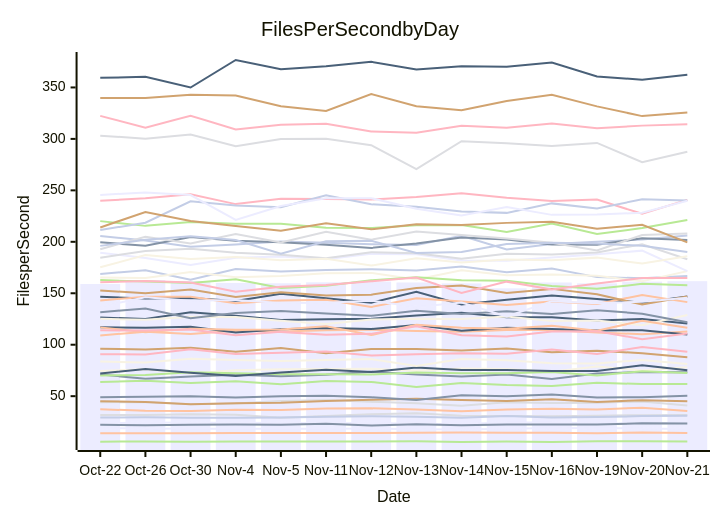
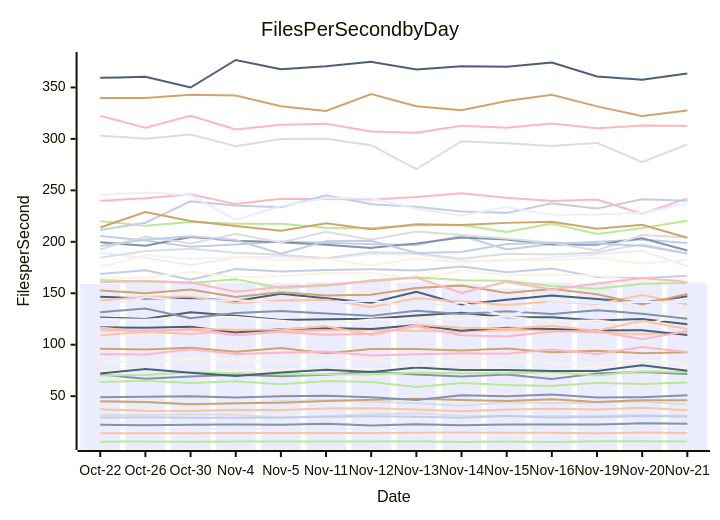
Before and after one commit to streetsidesoftware/cspell: the diagram in perf-report.md, drawn with Mermaid. The commit also changed other lines of this file and 1 other file, not shown here.

````diff
--- a/perf-report.md
+++ b/perf-report.md
@@ -10,57 +10,57 @@
 ```mermaid
 xychart-beta
     title Files Per Second by Day
     y-axis Files per Second
     x-axis Date [Oct-22, Oct-26, Oct-30, Nov-4, Nov-5, Nov-11, Nov-12, Nov-13, Nov-14, Nov-15, Nov-16, Nov-19, Nov-20, Nov-21]
-    bar [159.03, 162.88, 161.94, 160.02, 159.72, 160.65, 161.35, 160.47, 159.54, 154.79, 160.46, 159.61, 161.30, 161.72]
-    line [71.08, 67.00, 69.09, 70.86, 69.37, 70.88, 73.81, 71.09, 69.11, 71.10, 66.81, 72.11, 73.56, 73.35]
-    line [14.01, 14.02, 13.97, 14.18, 14.33, 14.26, 14.23, 14.49, 14.71, 14.55, 14.39, 13.95, 14.60, 14.11]
-    line [44.08, 44.42, 42.24, 42.88, 45.37, 46.20, 44.50, 43.23, 40.60, 44.15, 43.48, 43.70, 44.83, 41.01]
-    line [63.79, 65.07, 62.75, 64.51, 61.69, 64.67, 63.79, 59.02, 62.70, 60.80, 59.91, 63.00, 61.76, 61.71]
-    line [96.00, 95.45, 97.05, 93.17, 96.79, 91.80, 95.95, 95.87, 94.48, 96.44, 92.65, 94.10, 91.76, 87.85]
-    line [205.59, 201.31, 195.27, 197.35, 200.31, 199.19, 197.63, 196.85, 205.77, 192.52, 197.76, 200.10, 202.32, 206.18]
-    line [322.37, 310.93, 322.55, 309.17, 313.73, 314.69, 307.18, 306.00, 312.70, 310.78, 315.06, 310.37, 312.90, 314.26]
-    line [126.46, 125.04, 131.49, 128.05, 124.13, 124.73, 125.27, 128.39, 131.06, 126.59, 126.76, 123.53, 124.94, 120.63]
-    line [125.15, 124.19, 127.28, 126.86, 123.18, 120.25, 124.45, 125.35, 124.99, 127.41, 122.93, 123.56, 118.96, 128.93]
-    line [23.92, 24.17, 24.43, 23.95, 24.20, 23.49, 24.08, 23.00, 23.06, 24.50, 24.34, 23.62, 23.53, 23.90]
-    line [22.28, 21.78, 22.12, 22.59, 22.34, 23.16, 21.54, 22.68, 21.85, 22.43, 22.45, 22.56, 23.60, 23.49]
-    line [109.04, 112.63, 110.40, 113.53, 112.85, 114.15, 114.65, 113.36, 112.62, 114.36, 114.33, 111.99, 110.22, 112.89]
-    line [31.67, 31.78, 32.41, 31.83, 29.14, 30.76, 32.43, 33.35, 30.87, 30.71, 30.55, 30.97, 31.56, 31.67]
-    line [5.75, 6.03, 5.80, 6.05, 5.91, 5.92, 6.05, 6.23, 5.47, 5.95, 5.52, 6.13, 6.21, 6.00]
-    line [45.07, 44.31, 42.25, 43.22, 43.49, 45.34, 46.46, 47.61, 46.36, 45.42, 47.07, 44.45, 46.03, 45.17]
-    line [168.67, 172.42, 163.25, 173.61, 171.18, 172.63, 173.35, 172.14, 176.09, 170.54, 174.05, 165.70, 164.60, 166.89]
-    line [239.78, 242.41, 246.20, 236.64, 241.81, 241.59, 241.14, 243.55, 247.17, 242.91, 239.70, 241.02, 227.21, 240.74]
-    line [116.88, 116.53, 117.43, 111.89, 115.01, 116.13, 115.22, 119.08, 113.54, 116.51, 115.21, 113.92, 114.16, 109.92]
-    line [165.23, 164.80, 170.61, 165.61, 166.70, 169.45, 169.81, 163.46, 172.46, 167.41, 168.34, 167.09, 161.78, 171.51]
-    line [19.00, 18.63, 18.25, 18.44, 18.38, 18.23, 18.67, 17.83, 17.56, 18.43, 19.15, 18.91, 18.65, 18.09]
-    line [49.03, 49.37, 49.99, 48.68, 50.03, 50.42, 49.00, 46.22, 50.88, 49.95, 51.56, 48.83, 49.01, 50.46]
-    line [116.85, 112.16, 115.50, 114.45, 114.87, 117.85, 109.38, 119.29, 116.46, 115.59, 118.49, 113.54, 123.36, 116.49]
-    line [303.13, 300.22, 304.34, 292.89, 299.81, 300.08, 293.90, 270.62, 297.75, 295.78, 293.19, 296.08, 277.37, 287.54]
-    line [162.77, 161.40, 160.02, 163.60, 155.05, 157.20, 162.55, 165.62, 162.61, 162.23, 156.96, 154.28, 159.13, 157.68]
-    line [339.81, 339.82, 342.79, 342.26, 331.64, 327.21, 343.58, 331.81, 327.76, 336.79, 342.94, 331.62, 322.15, 325.61]
-    line [29.31, 29.41, 29.14, 29.07, 29.19, 29.96, 30.60, 29.98, 29.13, 30.65, 29.20, 29.66, 30.68, 30.88]
-    line [90.70, 90.60, 95.53, 91.04, 92.11, 93.46, 89.53, 90.84, 91.64, 91.15, 95.31, 91.02, 97.72, 93.09]
-    line [146.67, 144.85, 145.45, 142.42, 149.63, 145.08, 140.78, 151.35, 139.20, 143.75, 147.85, 144.42, 140.89, 146.87]
-    line [74.51, 76.18, 72.03, 75.21, 76.09, 76.34, 76.58, 74.79, 76.80, 76.30, 73.76, 78.85, 74.91, 78.17]
-    line [189.47, 184.23, 177.36, 184.49, 185.72, 182.94, 188.28, 187.98, 181.73, 181.49, 184.66, 187.81, 191.42, 171.50]
-    line [199.55, 196.07, 204.60, 201.12, 199.63, 197.18, 194.05, 198.31, 204.17, 202.23, 197.34, 197.09, 203.42, 201.69]
-    line [143.06, 146.69, 146.59, 140.40, 143.02, 143.74, 136.69, 145.20, 142.11, 138.52, 142.01, 139.48, 148.36, 141.40]
-    line [184.56, 191.17, 193.23, 189.38, 187.47, 183.93, 189.93, 188.83, 183.53, 188.50, 187.66, 189.71, 197.63, 183.07]
-    line [220.10, 215.49, 219.14, 217.54, 217.64, 213.57, 213.32, 216.11, 216.43, 209.55, 217.83, 207.54, 213.34, 221.24]
-    line [152.74, 149.93, 153.73, 146.39, 151.10, 147.79, 148.60, 155.08, 157.59, 150.36, 154.26, 148.98, 139.01, 146.76]
-    line [211.47, 218.53, 239.32, 235.17, 233.67, 245.24, 236.50, 233.98, 229.39, 228.12, 237.34, 232.45, 241.31, 240.12]
-    line [113.95, 113.80, 114.69, 109.15, 112.48, 109.72, 110.55, 118.02, 109.29, 108.02, 112.93, 112.97, 105.44, 110.94]
-    line [359.34, 360.33, 349.95, 376.67, 367.68, 370.64, 374.87, 367.41, 370.51, 370.21, 374.24, 360.74, 357.55, 362.33]
-    line [175.20, 187.18, 183.23, 185.22, 182.14, 183.42, 176.89, 184.07, 179.92, 182.71, 181.97, 184.63, 178.93, 186.00]
-    line [245.56, 247.95, 245.41, 221.31, 234.75, 242.27, 242.37, 232.19, 225.67, 233.72, 226.18, 226.48, 228.27, 239.87]
-    line [131.59, 135.21, 125.70, 130.73, 132.76, 130.23, 128.16, 133.01, 129.97, 132.49, 129.80, 133.61, 130.16, 121.81]
-    line [37.33, 35.82, 35.71, 36.86, 36.50, 38.05, 38.19, 36.99, 35.25, 37.09, 37.76, 37.04, 38.77, 35.66]
-    line [192.85, 204.98, 198.27, 207.58, 199.26, 209.84, 202.01, 209.99, 206.66, 203.31, 199.00, 191.59, 206.65, 208.19]
-    line [70.11, 70.57, 73.22, 72.23, 71.32, 71.25, 71.08, 73.06, 72.16, 72.33, 73.39, 70.13, 74.26, 72.43]
-    line [213.97, 229.01, 220.21, 215.36, 210.66, 218.14, 212.13, 216.95, 216.28, 218.40, 219.59, 212.75, 216.58, 199.40]
-    line [196.05, 201.96, 205.39, 201.71, 188.42, 200.46, 201.07, 189.10, 190.06, 197.82, 199.09, 198.24, 196.06, 190.15]
-    line [160.80, 161.82, 160.48, 151.46, 156.36, 158.02, 161.56, 165.28, 150.34, 161.29, 153.65, 159.58, 164.91, 164.86]
-    line [71.96, 76.44, 72.80, 69.62, 72.93, 75.62, 73.39, 77.86, 75.46, 75.53, 74.48, 74.42, 80.12, 75.22]
-    line [83.62, 82.78, 86.40, 85.26, 84.18, 85.13, 86.07, 79.22, 86.18, 84.80, 82.10, 81.80, 85.25, 81.38]
-    line [136.76, 146.14, 142.74, 143.48, 140.52, 140.72, 142.75, 136.72, 140.92, 127.38, 142.26, 140.32, 141.64, 145.71]
+    bar [159.03, 162.88, 161.94, 160.02, 159.72, 160.65, 161.35, 160.47, 159.54, 154.79, 160.46, 159.61, 161.30, 160.06]
+    line [71.08, 67.00, 69.09, 70.86, 69.37, 70.88, 73.81, 71.09, 69.11, 71.10, 66.81, 72.11, 73.56, 71.52]
+    line [14.01, 14.02, 13.97, 14.18, 14.33, 14.26, 14.23, 14.49, 14.71, 14.55, 14.39, 13.95, 14.60, 14.17]
+    line [44.08, 44.42, 42.24, 42.88, 45.37, 46.20, 44.50, 43.23, 40.60, 44.15, 43.48, 43.70, 44.83, 41.94]
+    line [63.79, 65.07, 62.75, 64.51, 61.69, 64.67, 63.79, 59.02, 62.70, 60.80, 59.91, 63.00, 61.76, 63.34]
+    line [96.00, 95.45, 97.05, 93.17, 96.79, 91.80, 95.95, 95.87, 94.48, 96.44, 92.65, 94.10, 91.76, 92.63]
+    line [205.59, 201.31, 195.27, 197.35, 200.31, 199.19, 197.63, 196.85, 205.77, 192.52, 197.76, 200.10, 202.32, 198.81]
+    line [322.37, 310.93, 322.55, 309.17, 313.73, 314.69, 307.18, 306.00, 312.70, 310.78, 315.06, 310.37, 312.90, 312.74]
+    line [126.46, 125.04, 131.49, 128.05, 124.13, 124.73, 125.27, 128.39, 131.06, 126.59, 126.76, 123.53, 124.94, 119.79]
+    line [125.15, 124.19, 127.28, 126.86, 123.18, 120.25, 124.45, 125.35, 124.99, 127.41, 122.93, 123.56, 118.96, 130.24]
+    line [23.92, 24.17, 24.43, 23.95, 24.20, 23.49, 24.08, 23.00, 23.06, 24.50, 24.34, 23.62, 23.53, 24.02]
+    line [22.28, 21.78, 22.12, 22.59, 22.34, 23.16, 21.54, 22.68, 21.85, 22.43, 22.45, 22.56, 23.60, 23.23]
+    line [109.04, 112.63, 110.40, 113.53, 112.85, 114.15, 114.65, 113.36, 112.62, 114.36, 114.33, 111.99, 110.22, 112.37]
+    line [31.67, 31.78, 32.41, 31.83, 29.14, 30.76, 32.43, 33.35, 30.87, 30.71, 30.55, 30.97, 31.56, 31.09]
+    line [5.75, 6.03, 5.80, 6.05, 5.91, 5.92, 6.05, 6.23, 5.47, 5.95, 5.52, 6.13, 6.21, 6.06]
+    line [45.07, 44.31, 42.25, 43.22, 43.49, 45.34, 46.46, 47.61, 46.36, 45.42, 47.07, 44.45, 46.03, 45.93]
+    line [168.67, 172.42, 163.25, 173.61, 171.18, 172.63, 173.35, 172.14, 176.09, 170.54, 174.05, 165.70, 164.60, 166.98]
+    line [239.78, 242.41, 246.20, 236.64, 241.81, 241.59, 241.14, 243.55, 247.17, 242.91, 239.70, 241.02, 227.21, 242.23]
+    line [116.88, 116.53, 117.43, 111.89, 115.01, 116.13, 115.22, 119.08, 113.54, 116.51, 115.21, 113.92, 114.16, 109.46]
+    line [165.23, 164.80, 170.61, 165.61, 166.70, 169.45, 169.81, 163.46, 172.46, 167.41, 168.34, 167.09, 161.78, 164.45]
+    line [19.00, 18.63, 18.25, 18.44, 18.38, 18.23, 18.67, 17.83, 17.56, 18.43, 19.15, 18.91, 18.65, 18.27]
+    line [49.03, 49.37, 49.99, 48.68, 50.03, 50.42, 49.00, 46.22, 50.88, 49.95, 51.56, 48.83, 49.01, 50.78]
+    line [116.85, 112.16, 115.50, 114.45, 114.87, 117.85, 109.38, 119.29, 116.46, 115.59, 118.49, 113.54, 123.36, 115.17]
+    line [303.13, 300.22, 304.34, 292.89, 299.81, 300.08, 293.90, 270.62, 297.75, 295.78, 293.19, 296.08, 277.37, 294.62]
+    line [162.77, 161.40, 160.02, 163.60, 155.05, 157.20, 162.55, 165.62, 162.61, 162.23, 156.96, 154.28, 159.13, 159.89]
+    line [339.81, 339.82, 342.79, 342.26, 331.64, 327.21, 343.58, 331.81, 327.76, 336.79, 342.94, 331.62, 322.15, 327.54]
+    line [29.31, 29.41, 29.14, 29.07, 29.19, 29.96, 30.60, 29.98, 29.13, 30.65, 29.20, 29.66, 30.68, 30.21]
+    line [90.70, 90.60, 95.53, 91.04, 92.11, 93.46, 89.53, 90.84, 91.64, 91.15, 95.31, 91.02, 97.72, 93.01]
+    line [146.67, 144.85, 145.45, 142.42, 149.63, 145.08, 140.78, 151.35, 139.20, 143.75, 147.85, 144.42, 140.89, 146.99]
+    line [74.51, 76.18, 72.03, 75.21, 76.09, 76.34, 76.58, 74.79, 76.80, 76.30, 73.76, 78.85, 74.91, 77.93]
+    line [189.47, 184.23, 177.36, 184.49, 185.72, 182.94, 188.28, 187.98, 181.73, 181.49, 184.66, 187.81, 191.42, 176.14]
+    line [199.55, 196.07, 204.60, 201.12, 199.63, 197.18, 194.05, 198.31, 204.17, 202.23, 197.34, 197.09, 203.42, 191.56]
+    line [143.06, 146.69, 146.59, 140.40, 143.02, 143.74, 136.69, 145.20, 142.11, 138.52, 142.01, 139.48, 148.36, 139.11]
+    line [184.56, 191.17, 193.23, 189.38, 187.47, 183.93, 189.93, 188.83, 183.53, 188.50, 187.66, 189.71, 197.63, 188.37]
+    line [220.10, 215.49, 219.14, 217.54, 217.64, 213.57, 213.32, 216.11, 216.43, 209.55, 217.83, 207.54, 213.34, 220.45]
+    line [152.74, 149.93, 153.73, 146.39, 151.10, 147.79, 148.60, 155.08, 157.59, 150.36, 154.26, 148.98, 139.01, 149.20]
+    line [211.47, 218.53, 239.32, 235.17, 233.67, 245.24, 236.50, 233.98, 229.39, 228.12, 237.34, 232.45, 241.31, 240.00]
+    line [113.95, 113.80, 114.69, 109.15, 112.48, 109.72, 110.55, 118.02, 109.29, 108.02, 112.93, 112.97, 105.44, 113.26]
+    line [359.34, 360.33, 349.95, 376.67, 367.68, 370.64, 374.87, 367.41, 370.51, 370.21, 374.24, 360.74, 357.55, 363.60]
+    line [175.20, 187.18, 183.23, 185.22, 182.14, 183.42, 176.89, 184.07, 179.92, 182.71, 181.97, 184.63, 178.93, 182.57]
+    line [245.56, 247.95, 245.41, 221.31, 234.75, 242.27, 242.37, 232.19, 225.67, 233.72, 226.18, 226.48, 228.27, 237.35]
+    line [131.59, 135.21, 125.70, 130.73, 132.76, 130.23, 128.16, 133.01, 129.97, 132.49, 129.80, 133.61, 130.16, 125.21]
+    line [37.33, 35.82, 35.71, 36.86, 36.50, 38.05, 38.19, 36.99, 35.25, 37.09, 37.76, 37.04, 38.77, 36.43]
+    line [192.85, 204.98, 198.27, 207.58, 199.26, 209.84, 202.01, 209.99, 206.66, 203.31, 199.00, 191.59, 206.65, 204.27]
+    line [70.11, 70.57, 73.22, 72.23, 71.32, 71.25, 71.08, 73.06, 72.16, 72.33, 73.39, 70.13, 74.26, 73.25]
+    line [213.97, 229.01, 220.21, 215.36, 210.66, 218.14, 212.13, 216.95, 216.28, 218.40, 219.59, 212.75, 216.58, 203.96]
+    line [196.05, 201.96, 205.39, 201.71, 188.42, 200.46, 201.07, 189.10, 190.06, 197.82, 199.09, 198.24, 196.06, 188.63]
+    line [160.80, 161.82, 160.48, 151.46, 156.36, 158.02, 161.56, 165.28, 150.34, 161.29, 153.65, 159.58, 164.91, 160.94]
+    line [71.96, 76.44, 72.80, 69.62, 72.93, 75.62, 73.39, 77.86, 75.46, 75.53, 74.48, 74.42, 80.12, 74.68]
+    line [83.62, 82.78, 86.40, 85.26, 84.18, 85.13, 86.07, 79.22, 86.18, 84.80, 82.10, 81.80, 85.25, 80.99]
+    line [136.76, 146.14, 142.74, 143.48, 140.52, 140.72, 142.75, 136.72, 140.92, 127.38, 142.26, 140.32, 141.64, 141.43]
 ```
````
